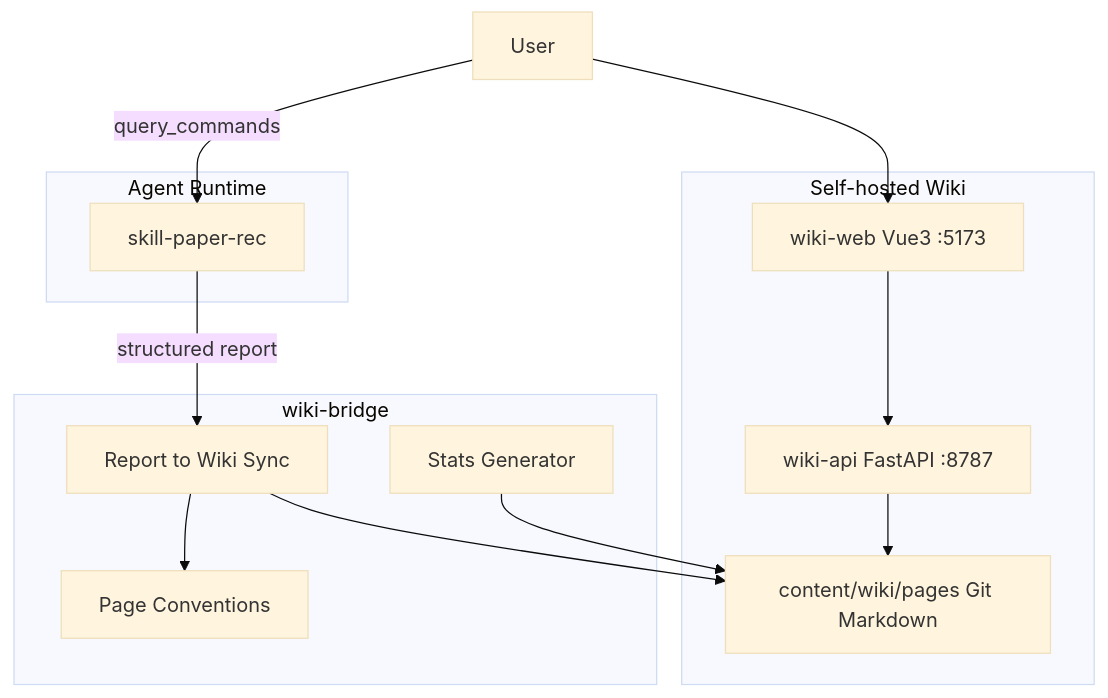
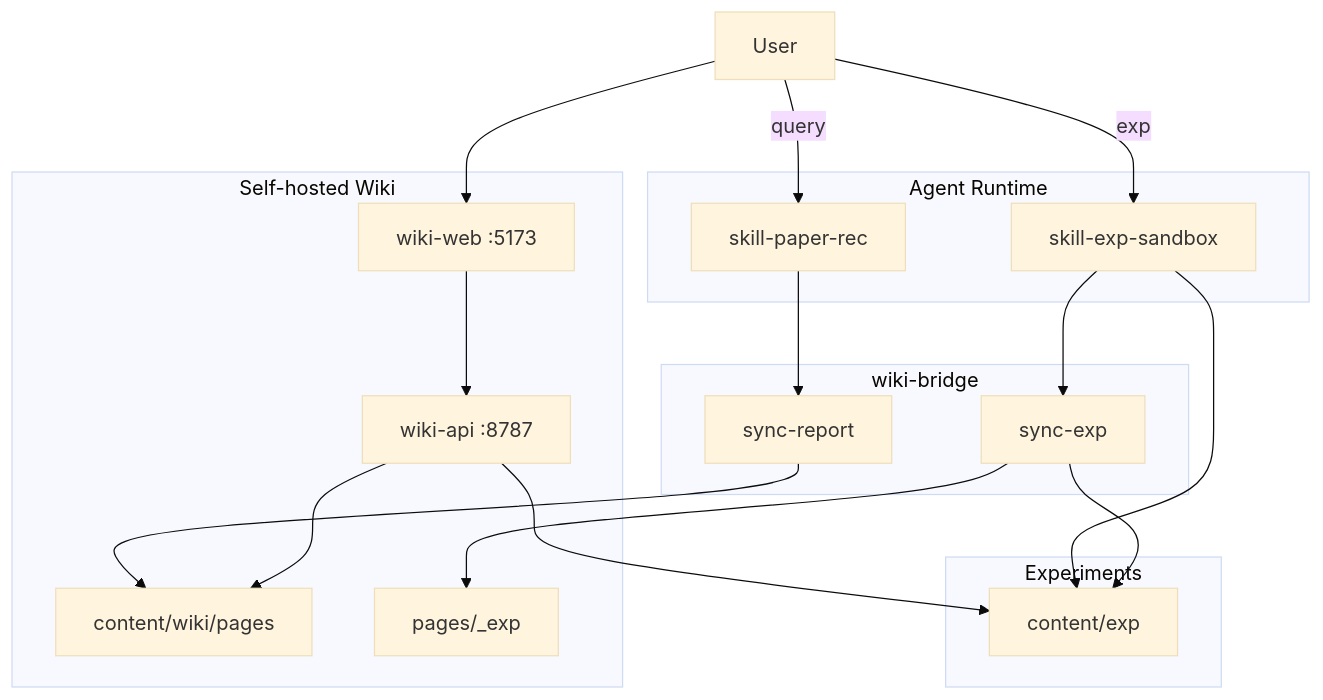
Before and after one commit to QinHsiu/Paper_Rec_Skill: the diagram in docs/ARCHITECTURE.md, drawn with Mermaid (base theme). The commit also changed other lines of this file and 55 other files, not shown here.

````diff
--- a/docs/ARCHITECTURE.md
+++ b/docs/ARCHITECTURE.md
@@ -5,24 +5,30 @@
 ```mermaid
 flowchart TB
   subgraph agent [Agent Runtime]
     Skill[skill-paper-rec]
+    Exp[skill-exp-sandbox]
   end
   subgraph bridge [wiki-bridge]
-    Conv[Page Conventions]
-    Sync[Report to Wiki Sync]
-    Stats[Stats Generator]
+    Sync[sync-report]
+    SyncExp[sync-exp]
   end
   subgraph wiki [Self-hosted Wiki]
-    API[wiki-api FastAPI :8787]
-    Web[wiki-web Vue3 :5173]
-    MD[content/wiki/pages Git Markdown]
+    API[wiki-api :8787]
+    Web[wiki-web :5173]
+    MD[content/wiki/pages]
+    ExpWiki[pages/_exp]
   end
-  User -->|query_commands| Skill
-  Skill -->|structured report| Sync
-  Sync --> Conv
-  Sync --> MD
-  Stats --> MD
-  User --> Web
-  Web --> API
+  subgraph expstore [Experiments]
+    EX[content/exp]
+  end
+  User -->|query| Skill
+  User -->|exp| Exp
+  Skill --> Sync --> MD
+  Exp --> EX
+  Exp --> SyncExp
+  SyncExp --> EX
+  SyncExp --> ExpWiki
+  User --> Web --> API
   API --> MD
+  API --> EX
 ```
````
